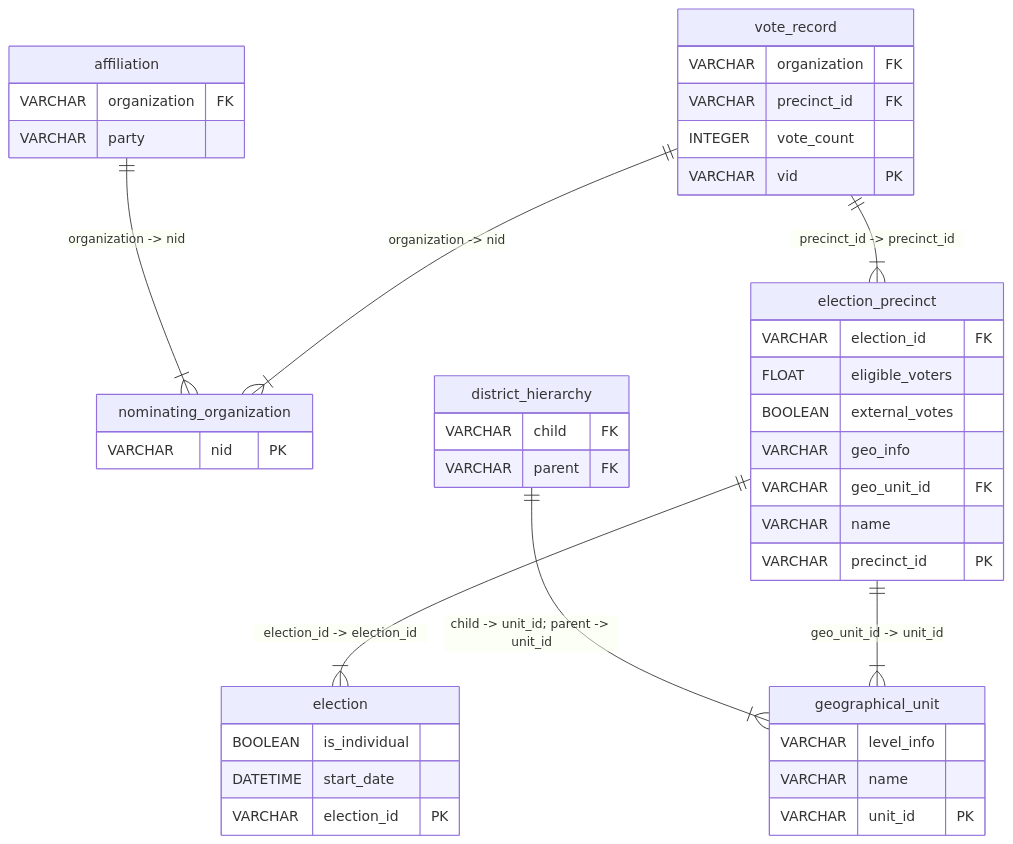
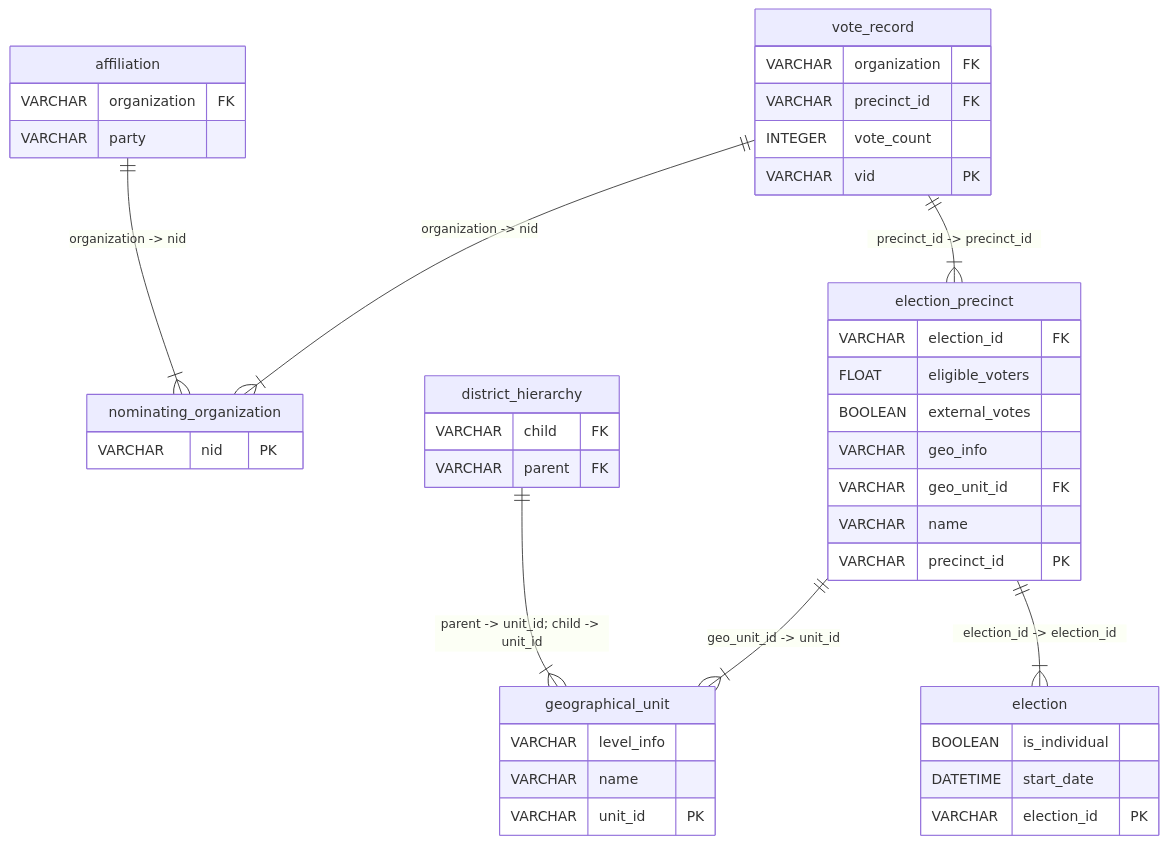
One commit to papsebestyen/explorer changed the diagram in _sources/dataset-pages/hungarian_elections.md. Above: the diagram before and after it, drawn with Mermaid. The commit also changed other lines of this file and 24 other files, not shown here.

````diff
--- a/_sources/dataset-pages/hungarian_elections.md
+++ b/_sources/dataset-pages/hungarian_elections.md
@@ -22,45 +22,45 @@
 ```{mermaid}
 erDiagram
   affiliation {    
     VARCHAR organization FK     
     VARCHAR party  
   }
   nominating_organization {    
     VARCHAR nid PK 
   }
   district_hierarchy {    
     VARCHAR child FK     
     VARCHAR parent FK 
   }
   geographical_unit {    
     VARCHAR level_info      
     VARCHAR name      
     VARCHAR unit_id PK 
   }
   election {    
     BOOLEAN is_individual      
     DATETIME start_date      
     VARCHAR election_id PK 
   }
   election_precinct {    
     VARCHAR election_id FK     
     FLOAT eligible_voters      
     BOOLEAN external_votes      
     VARCHAR geo_info      
     VARCHAR geo_unit_id FK     
     VARCHAR name      
     VARCHAR precinct_id PK 
   }
   vote_record {    
     VARCHAR organization FK     
     VARCHAR precinct_id FK     
     INTEGER vote_count      
     VARCHAR vid PK 
   }
   affiliation ||--|{ nominating_organization : "organization -> nid"
-  district_hierarchy ||--|{ geographical_unit : "child -> unit_id; parent -> unit_id"
+  district_hierarchy ||--|{ geographical_unit : "parent -> unit_id; child -> unit_id"
+  election_precinct ||--|{ geographical_unit : "geo_unit_id -> unit_id"
   election_precinct ||--|{ election : "election_id -> election_id"
-  election_precinct ||--|{ geographical_unit : "geo_unit_id -> unit_id"
+  vote_record ||--|{ election_precinct : "precinct_id -> precinct_id"
   vote_record ||--|{ nominating_organization : "organization -> nid"
-  vote_record ||--|{ election_precinct : "precinct_id -> precinct_id"
 ```
````
